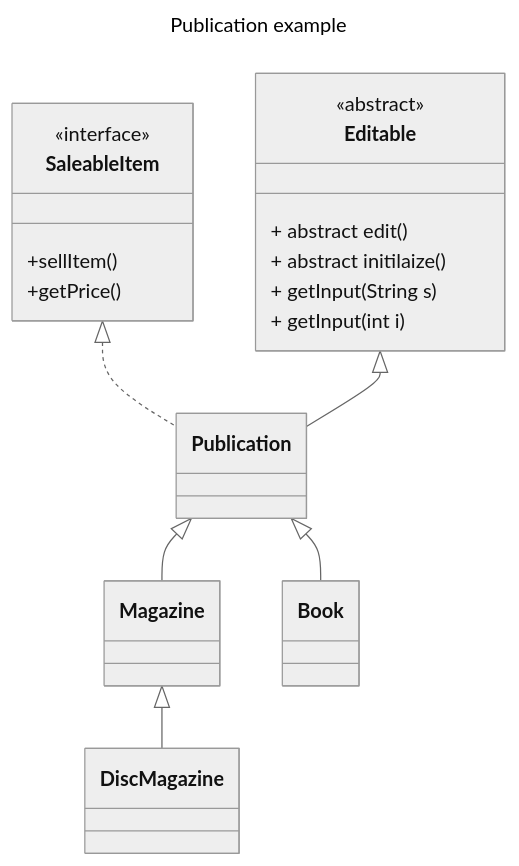
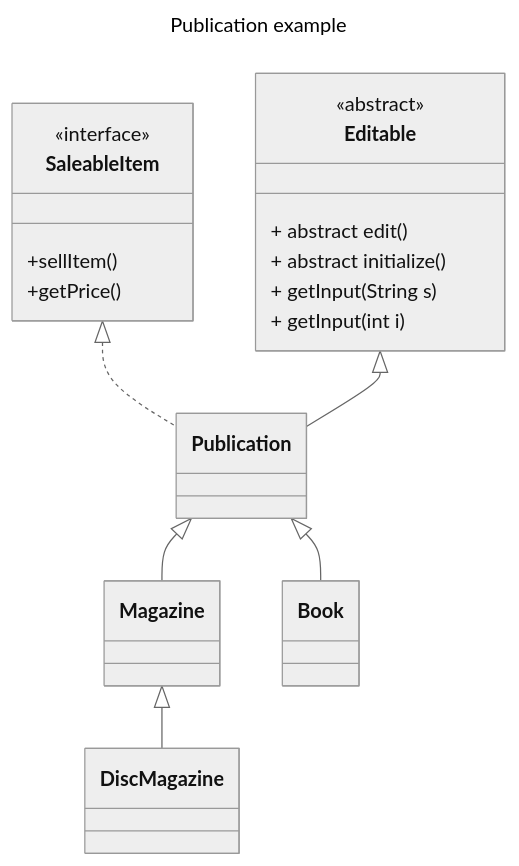
One commit to fcarella/csd214_class_repo changed the diagram in src/main/java/csd214/f24/lab1/car/publication.mmd. Above: the diagram before and after it, drawn with Mermaid (neutral theme).

```diff
--- a/src/main/java/csd214/f24/lab1/car/publication.mmd
+++ b/src/main/java/csd214/f24/lab1/car/publication.mmd
@@ -1,26 +1,26 @@
 ---
 title: Publication example
 ---
 classDiagram
     class SaleableItem {
         <<interface>>
         +sellItem()
         +getPrice()
     }
     class Editable {
         <<abstract>>
         + abstract edit()
-        + abstract initilaize()
+        + abstract initialize()
         + getInput(String s)
         + getInput(int i)
 
     }
 
     class Publication {
 
     }
     SaleableItem <|.. Publication
     Editable <|-- Publication
     Publication <|-- Magazine
     Magazine <|-- DiscMagazine
     Publication <|-- Book
```
